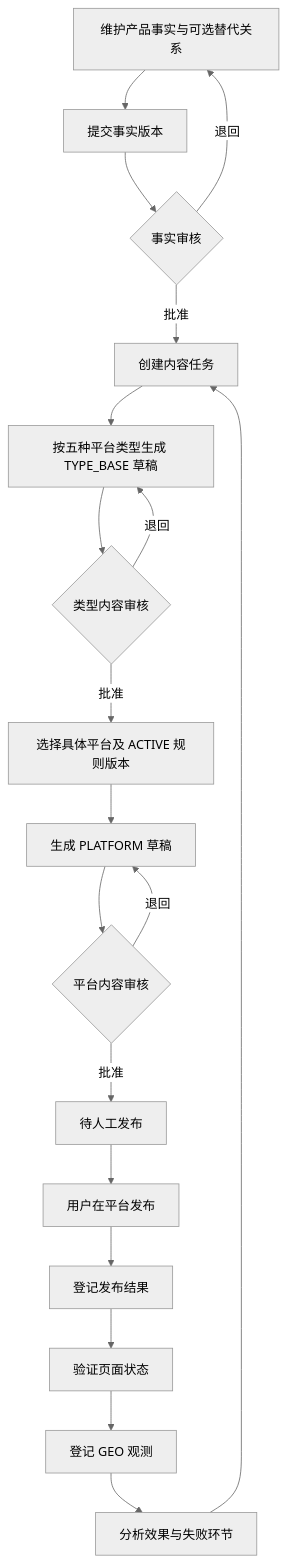
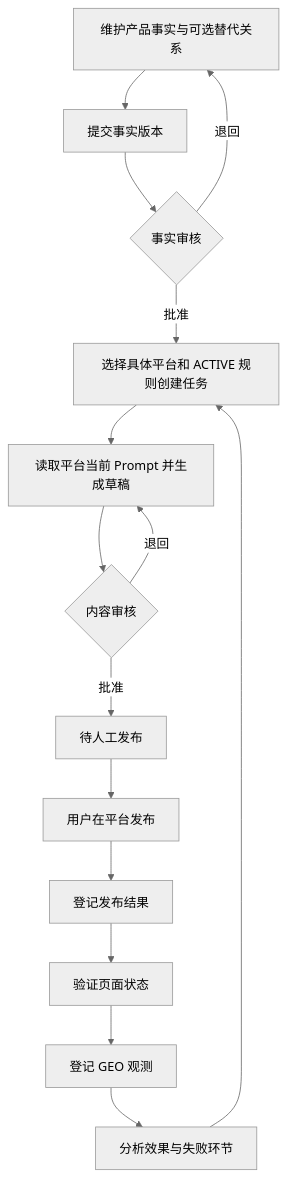
Before and after one commit to ccisnoxx/partsignal: the first of 4 diagrams in docs/GEO多平台内容运营系统方案设计.md, drawn with Mermaid (neutral theme). The commit also changed other lines of this file and 109 other files, not shown here.

````diff
--- a/docs/GEO多平台内容运营系统方案设计.md
+++ b/docs/GEO多平台内容运营系统方案设计.md
@@ -156,21 +155,17 @@
 ```mermaid
 flowchart TD
     A[维护产品事实与可选替代关系] --> B[提交事实版本]
     B --> C{事实审核}
     C -->|退回| A
-    C -->|批准| D[创建内容任务]
-    D --> E[按五种平台类型生成 TYPE_BASE 草稿]
-    E --> F{类型内容审核}
+    C -->|批准| D[选择具体平台和 ACTIVE 规则创建任务]
+    D --> E[读取平台当前 Prompt 并生成草稿]
+    E --> F{内容审核}
     F -->|退回| E
-    F -->|批准| G[选择具体平台及 ACTIVE 规则版本]
-    G --> H[生成 PLATFORM 草稿]
-    H --> I{平台内容审核}
-    I -->|退回| H
-    I -->|批准| J[待人工发布]
+    F -->|批准| J[待人工发布]
     J --> K[用户在平台发布]
     K --> L[登记发布结果]
     L --> M[验证页面状态]
     M --> N[登记 GEO 观测]
     N --> O[分析效果与失败环节]
     O --> D
 ```
````
